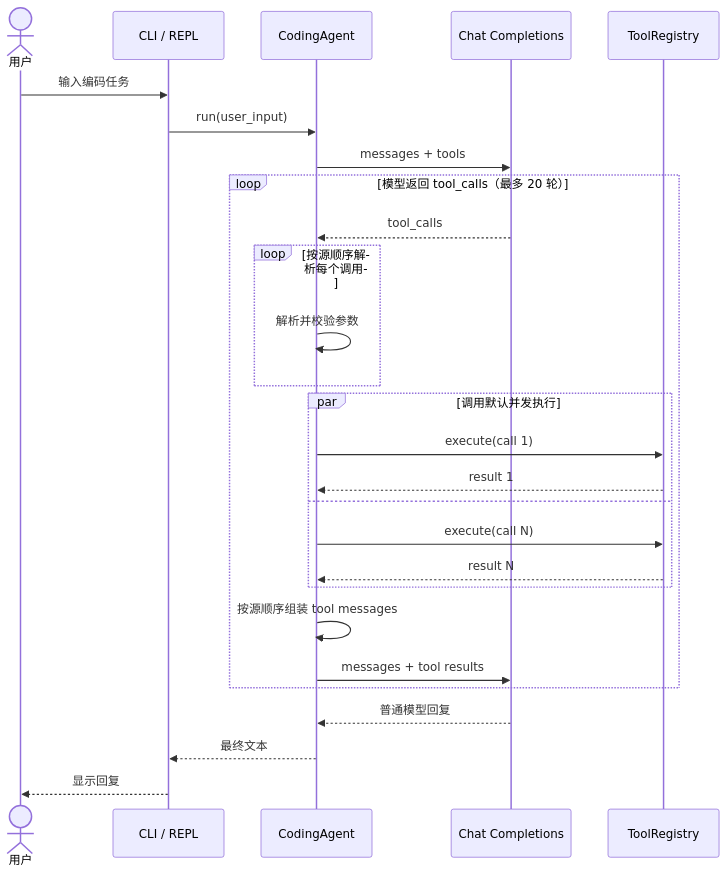
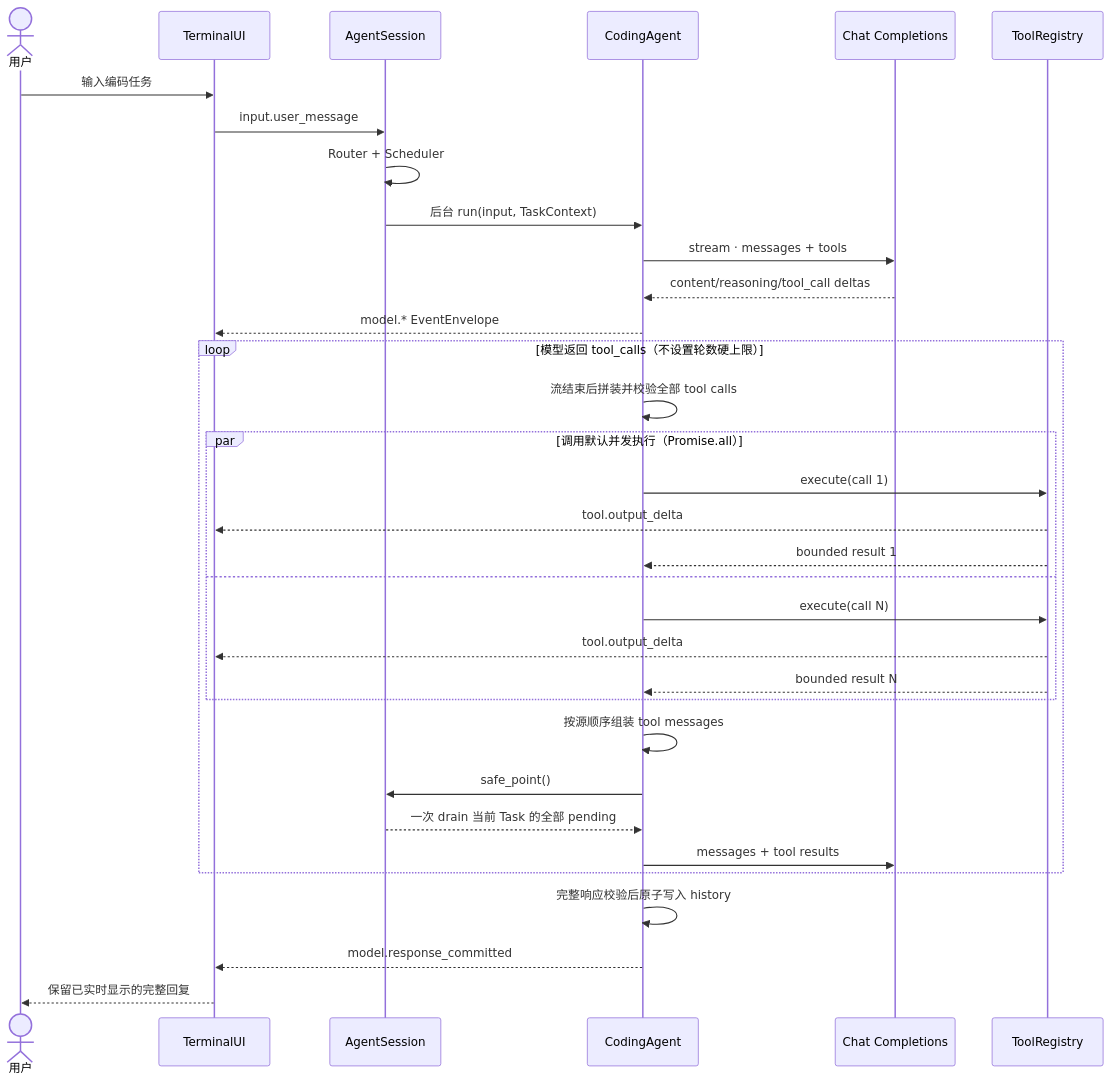
Before and after one commit to hxr223/laoHuangCode: the second of 2 diagrams in docs/architecture.md, drawn with Mermaid. The commit also changed other lines of this file and 109 other files, not shown here.

````diff
--- a/docs/architecture.md
+++ b/docs/architecture.md
@@ -82,32 +111,38 @@
 ```mermaid
 sequenceDiagram
     actor User as 用户
-    participant CLI as CLI / REPL
+    participant UI as TerminalUI
+    participant Session as AgentSession
     participant Agent as CodingAgent
     participant API as Chat Completions
     participant Tools as ToolRegistry
 
-    User->>CLI: 输入编码任务
-    CLI->>Agent: run(user_input)
-    Agent->>API: messages + tools
+    User->>UI: 输入编码任务
+    UI->>Session: input.user_message
+    Session->>Session: Router + Scheduler
+    Session->>Agent: 后台 run(input, TaskContext)
+    Agent->>API: stream · messages + tools
+    API-->>Agent: content/reasoning/tool_call deltas
+    Agent-->>UI: model.* EventEnvelope
 
-    loop 模型返回 tool_calls（最多 20 轮）
-        API-->>Agent: tool_calls
-        loop 按源顺序解析每个调用
-            Agent->>Agent: 解析并校验参数
-        end
-        par 调用默认并发执行
+    loop 模型返回 tool_calls（不设置轮数硬上限）
+        Agent->>Agent: 流结束后拼装并校验全部 tool calls
+        par 调用默认并发执行（Promise.all）
             Agent->>Tools: execute(call 1)
-            Tools-->>Agent: result 1
+            Tools-->>UI: tool.output_delta
+            Tools-->>Agent: bounded result 1
         and
             Agent->>Tools: execute(call N)
-            Tools-->>Agent: result N
+            Tools-->>UI: tool.output_delta
+            Tools-->>Agent: bounded result N
         end
         Agent->>Agent: 按源顺序组装 tool messages
+        Agent->>Session: safe_point()
+        Session-->>Agent: 一次 drain 当前 Task 的全部 pending
         Agent->>API: messages + tool results
     end
 
-    API-->>Agent: 普通模型回复
-    Agent-->>CLI: 最终文本
-    CLI-->>User: 显示回复
+    Agent->>Agent: 完整响应校验后原子写入 history
+    Agent-->>UI: model.response_committed
+    UI-->>User: 保留已实时显示的完整回复
 ```
````
